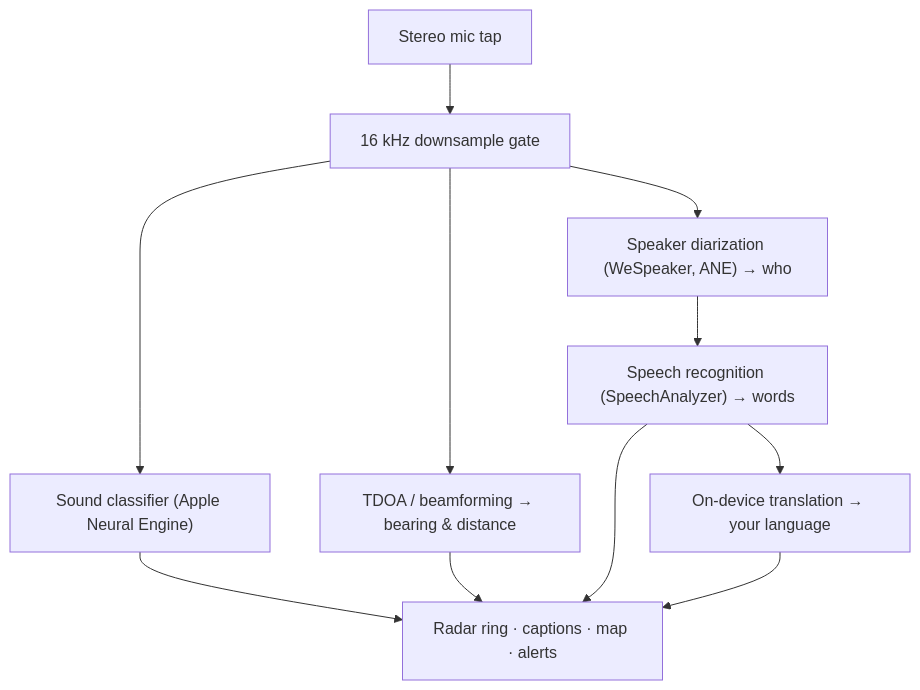
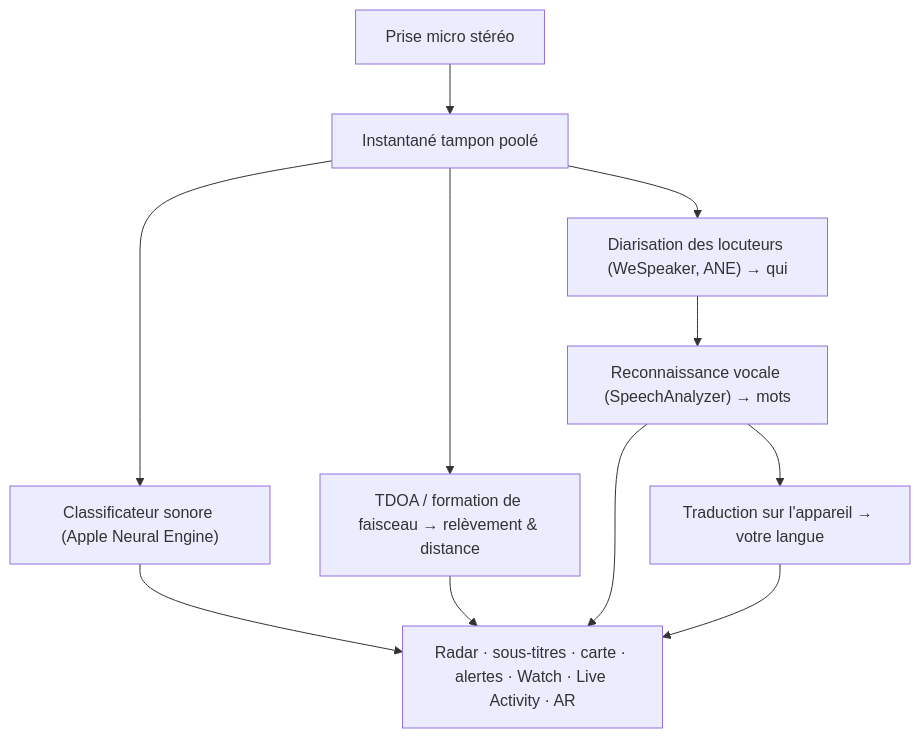
Before and after one commit to rpalm01-star/VigilantEarLegal: the diagram in README_fr.md, drawn with Mermaid. The commit also changed other lines of this file and 31 other files, not shown here.

````diff
--- a/README_fr.md
+++ b/README_fr.md
@@ -74,10 +93,10 @@
 ```mermaid
 graph TD
-    A["Stereo mic tap"] --> B["16 kHz downsample gate"]
-    B --> C["Sound classifier (Apple Neural Engine)"]
-    B --> D["TDOA / beamforming → bearing & distance"]
-    B --> E["Speaker diarization (WeSpeaker, ANE) → who"]
-    E --> F["Speech recognition (SpeechAnalyzer) → words"]
-    F --> G["On-device translation → your language"]
-    C & D & F & G --> H["Radar ring · captions · map · alerts"]
+    A["Prise micro stéréo"] --> B["Instantané tampon poolé"]
+    B --> C["Classificateur sonore (Apple Neural Engine)"]
+    B --> D["TDOA / formation de faisceau → relèvement & distance"]
+    B --> E["Diarisation des locuteurs (WeSpeaker, ANE) → qui"]
+    E --> F["Reconnaissance vocale (SpeechAnalyzer) → mots"]
+    F --> G["Traduction sur l'appareil → votre langue"]
+    C & D & F & G --> H["Radar · sous-titres · carte · alertes · Watch · Live Activity · AR"]
 ```
````
